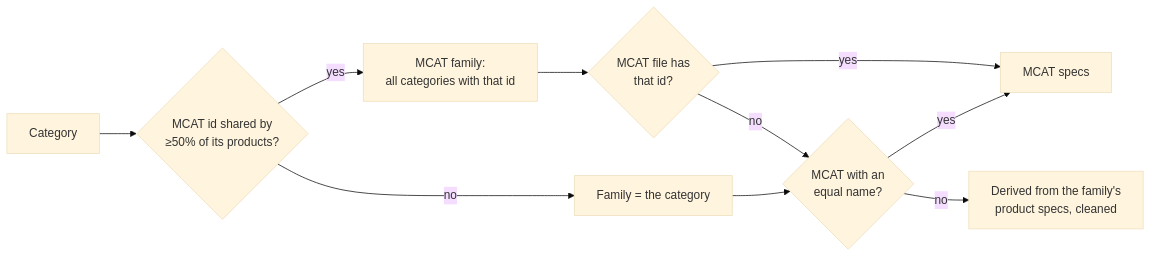
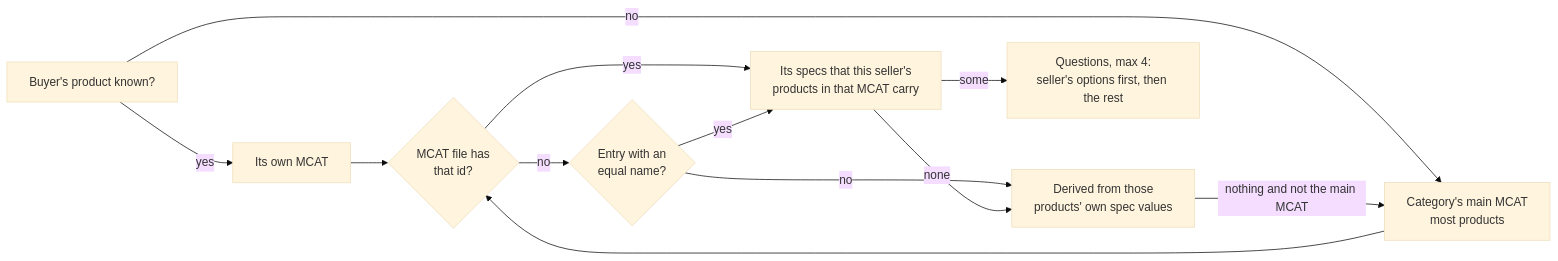
Before and after one commit to nitinsinghbalyan/chat-bot: the fifth of 5 diagrams in docs/ARCHITECTURE.md, drawn with Mermaid (base theme). The commit also changed other lines of this file and 26 other files, not shown here.

First line of the commit message:
Master JSON v5: spec questions per product MCAT, policy card rules, product FAQs, mapping report

````diff
--- a/docs/ARCHITECTURE.md
+++ b/docs/ARCHITECTURE.md
@@ -149,12 +151,14 @@
 ```mermaid
 flowchart LR
-  C[Category] --> M{MCAT id shared by<br/>≥50% of its products?}
-  M -->|yes| FAM[MCAT family:<br/>all categories with that id]
-  M -->|no| SELF[Family = the category]
-  FAM --> S1{MCAT file has<br/>that id?}
-  SELF --> S2
-  S1 -->|yes| Q1[MCAT specs]
-  S1 -->|no| S2{MCAT with an<br/>equal name?}
-  S2 -->|yes| Q1
-  S2 -->|no| Q2[Derived from the family's<br/>product specs, cleaned]
+  P[Buyer's product known?] -->|yes| PM[Its own MCAT]
+  P -->|no| MM[Category's main MCAT<br/>most products]
+  PM --> F{MCAT file has<br/>that id?}
+  MM --> F
+  F -->|no| N{Entry with an<br/>equal name?}
+  F -->|yes| S[Its specs that this seller's<br/>products in that MCAT carry]
+  N -->|yes| S
+  N -->|no| D
+  S -->|some| Q[Questions, max 4:<br/>seller's options first, then the rest]
+  S -->|none| D[Derived from those<br/>products' own spec values]
+  D -->|nothing and not the main MCAT| MM
 ```
````
